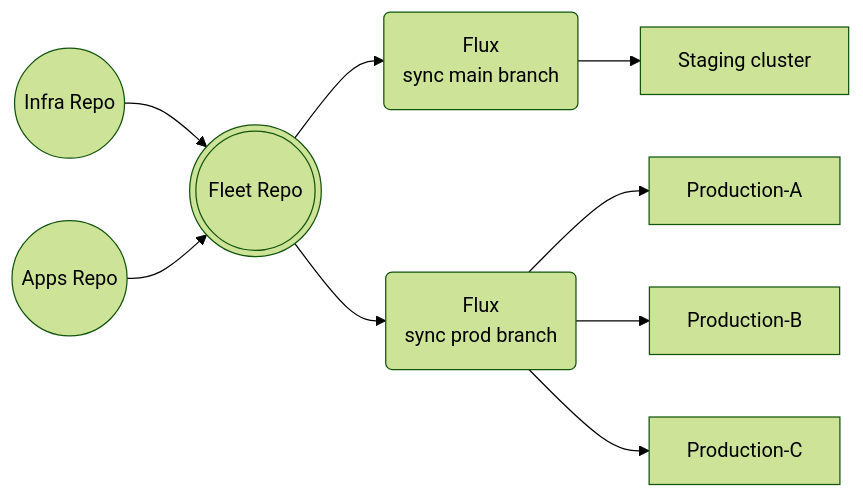
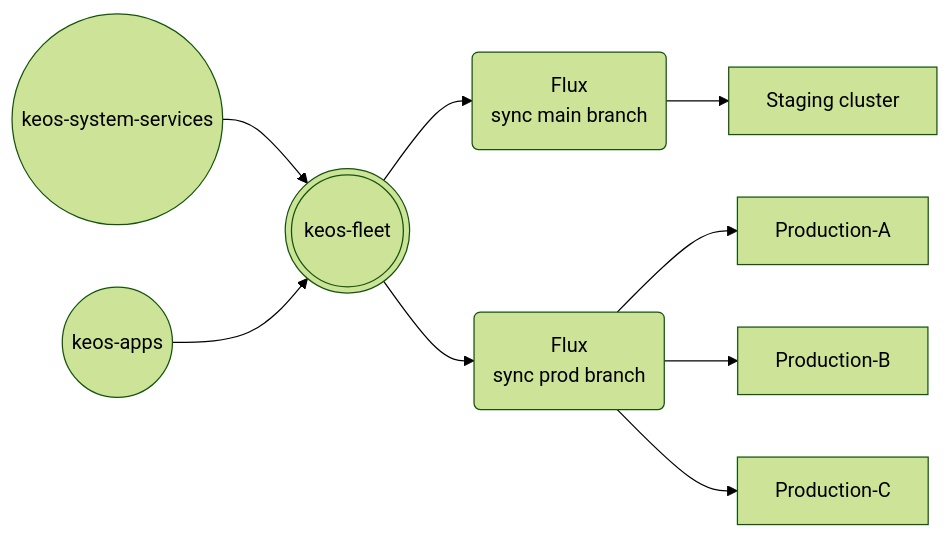
One commit to forselli-stratio/keos-fleet-test changed the diagram in README.md. Above: the diagram before and after it, drawn with Mermaid (forest theme).

````diff
--- a/README.md
+++ b/README.md
@@ -27,12 +27,12 @@
 ```mermaid
 flowchart LR
 
-A((Infra Repo)) --> C
-B((Apps Repo)) --> C(((Fleet Repo)))
+A((keos-system-services)) --> C
+B((keos-apps)) --> C(((keos-fleet)))
 C --> D(Flux \nsync main branch)
 D --> E[Staging cluster]
 C--> G(Flux \nsync prod branch)
 G --> H[Production-A]
 G --> I[Production-B]
 G --> J[Production-C]
 ```
````
